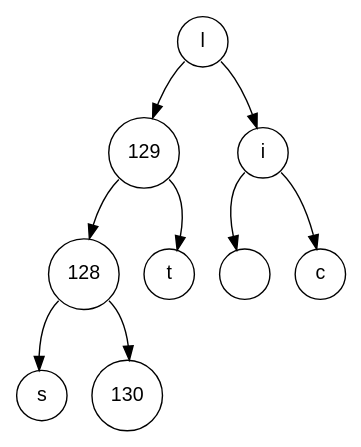
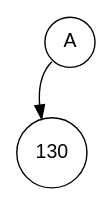
One commit to Procuste34/codage_huffman_c changed the diagram in fichiers_viz/minimier_etape_3.dot. Above: the diagram before and after it, drawn with Graphviz. The commit also changed 22 other files, not shown here.

```diff
--- a/fichiers_viz/minimier_etape_3.dot
+++ b/fichiers_viz/minimier_etape_3.dot
@@ -1,20 +1,6 @@
 digraph POT_test {
 node [fontname="Arial", shape="circle", width=0.5];
-108 [label = "l"]
-108:sw -> 129
-108:se -> 105
-129 [label = "129"]
-129:sw -> 128
-129:se -> 116
-128 [label = "128"]
-128:sw -> 115
-128:se -> 130
-115 [label = "s"]
+65 [label = "A"]
+65:sw -> 130
 130 [label = "130"]
-116 [label = "t"]
-105 [label = "i"]
-105:sw -> 32
-105:se -> 99
-32 [label = " "]
-99 [label = "c"]
 }
```
